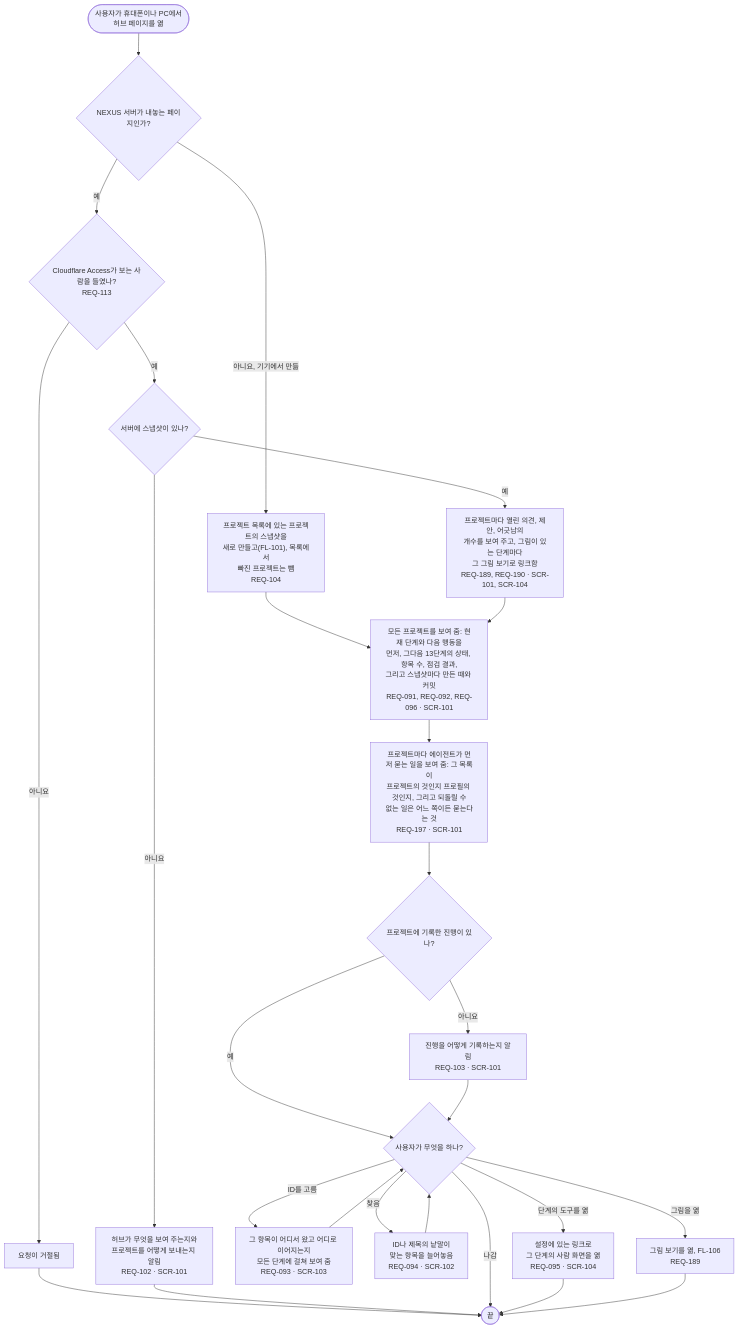
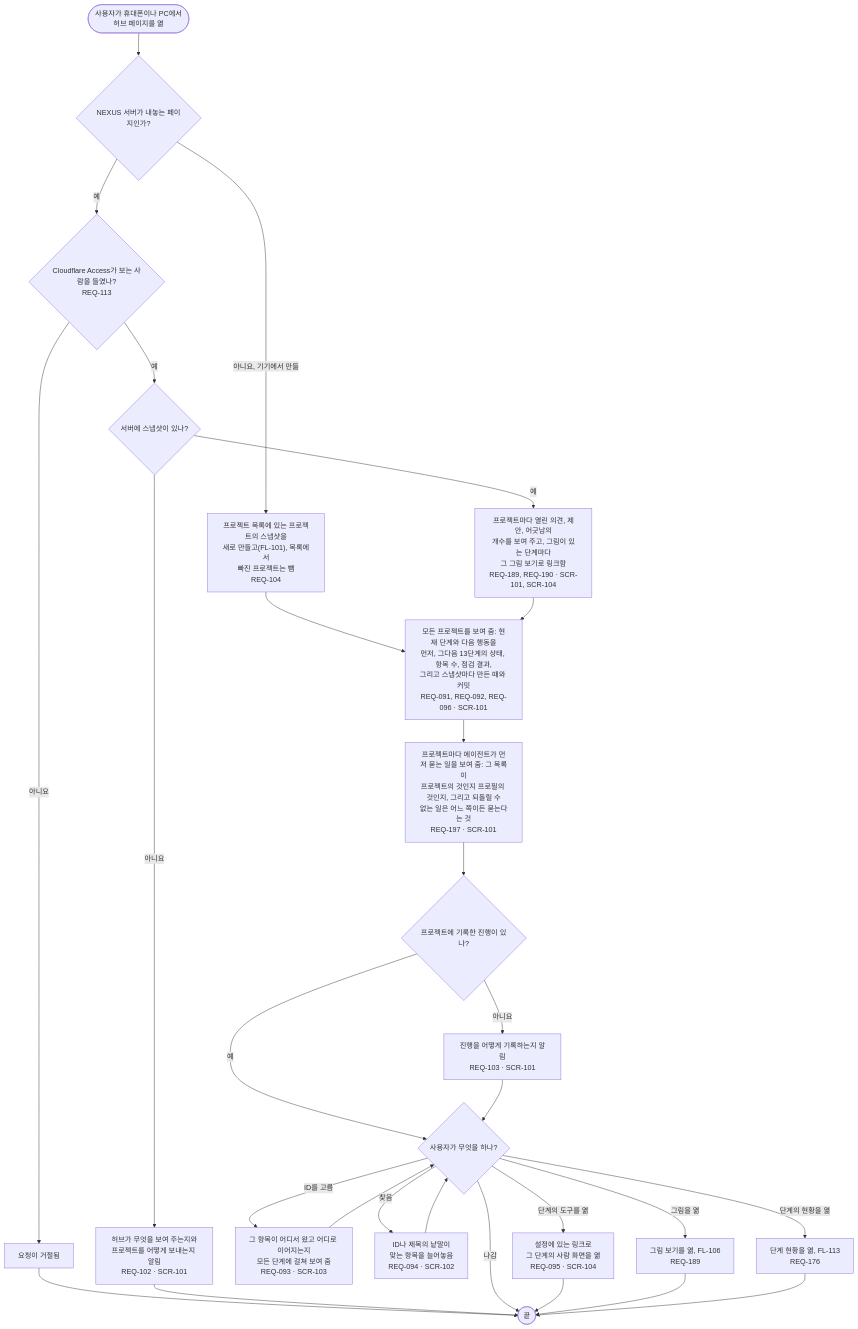
One commit to kodonghui/corthex-nexus changed the diagram in docs/03-user-flow/nexus/FL-105-see-the-hub-page.ko.md. Above: the diagram before and after it, drawn with Mermaid. The commit also changed other lines of this file and 33 other files, not shown here.

````diff
--- a/docs/03-user-flow/nexus/FL-105-see-the-hub-page.ko.md
+++ b/docs/03-user-flow/nexus/FL-105-see-the-hub-page.ko.md
@@ -9,28 +9,30 @@
 ```mermaid
 flowchart TD
   A(["사용자가 휴대폰이나 PC에서<br/>허브 페이지를 엶"]) --> B{"NEXUS 서버가 내놓는 페이지인가?"}
   B -->|아니요, 기기에서 만듦| C["프로젝트 목록에 있는 프로젝트의 스냅샷을<br/>새로 만들고(FL-101), 목록에서<br/>빠진 프로젝트는 뺌<br/>REQ-104"]
   B -->|예| D{"Cloudflare Access가 보는 사람을 들였나?<br/>REQ-113"}
   D -->|아니요| D1["요청이 거절됨"]
   D1 --> Z(["끝"])
   D -->|예| E{"서버에 스냅샷이 있나?"}
   E -->|아니요| E1["허브가 무엇을 보여 주는지와<br/>프로젝트를 어떻게 보내는지 알림<br/>REQ-102 · SCR-101"]
   E1 --> Z
   E -->|예| F["프로젝트마다 열린 의견, 제안, 어긋남의<br/>개수를 보여 주고, 그림이 있는 단계마다<br/>그 그림 보기로 링크함<br/>REQ-189, REQ-190 · SCR-101, SCR-104"]
   C --> G
   F --> G["모든 프로젝트를 보여 줌: 현재 단계와 다음 행동을<br/>먼저, 그다음 13단계의 상태, 항목 수, 점검 결과,<br/>그리고 스냅샷마다 만든 때와 커밋<br/>REQ-091, REQ-092, REQ-096 · SCR-101"]
   G --> G1["프로젝트마다 에이전트가 먼저 묻는 일을 보여 줌: 그 목록이<br/>프로젝트의 것인지 프로필의 것인지, 그리고 되돌릴 수<br/>없는 일은 어느 쪽이든 묻는다는 것<br/>REQ-197 · SCR-101"]
   G1 --> H{"프로젝트에 기록한 진행이 있나?"}
   H -->|아니요| H1["진행을 어떻게 기록하는지 알림<br/>REQ-103 · SCR-101"]
   H -->|예| I
   H1 --> I{"사용자가 무엇을 하나?"}
   I -->|ID를 고름| J["그 항목이 어디서 왔고 어디로 이어지는지<br/>모든 단계에 걸쳐 보여 줌<br/>REQ-093 · SCR-103"]
   I -->|찾음| K["ID나 제목의 낱말이<br/>맞는 항목을 늘어놓음<br/>REQ-094 · SCR-102"]
   I -->|단계의 도구를 엶| L["설정에 있는 링크로<br/>그 단계의 사람 화면을 엶<br/>REQ-095 · SCR-104"]
   I -->|그림을 엶| M["그림 보기를 엶, FL-106<br/>REQ-189"]
+  I -->|단계의 현황을 엶| N["단계 현황을 엶, FL-113<br/>REQ-176"]
   I -->|나감| Z
   J --> I
   K --> I
   L --> Z
   M --> Z
+  N --> Z
 ```
````
